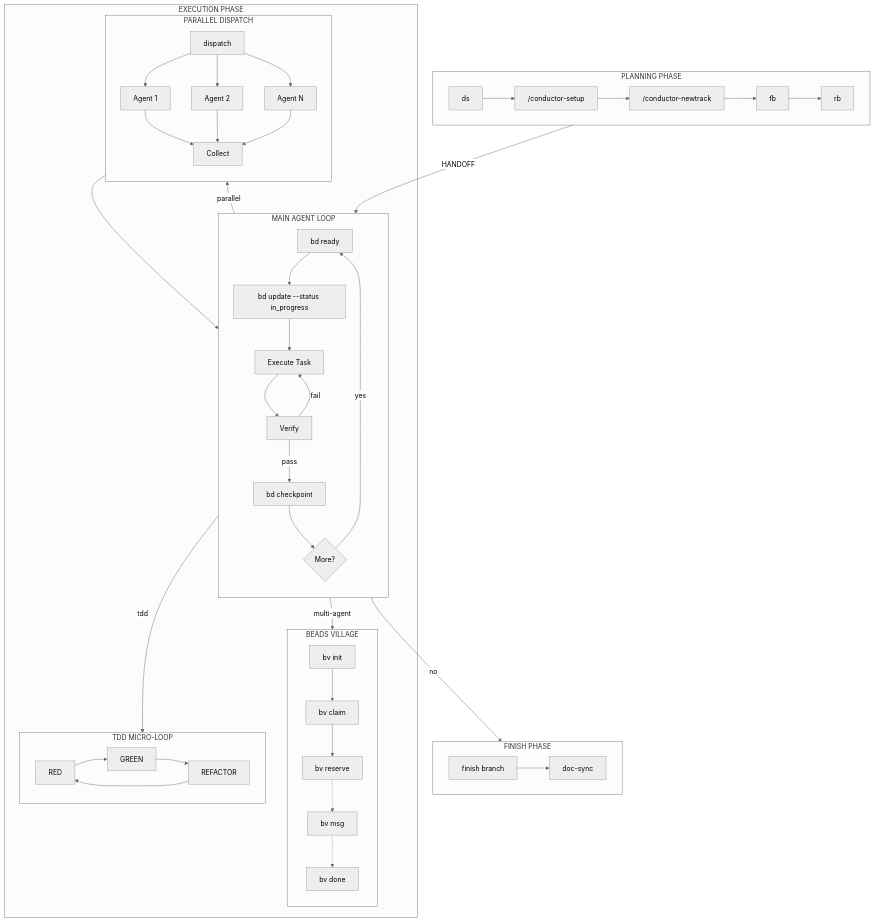
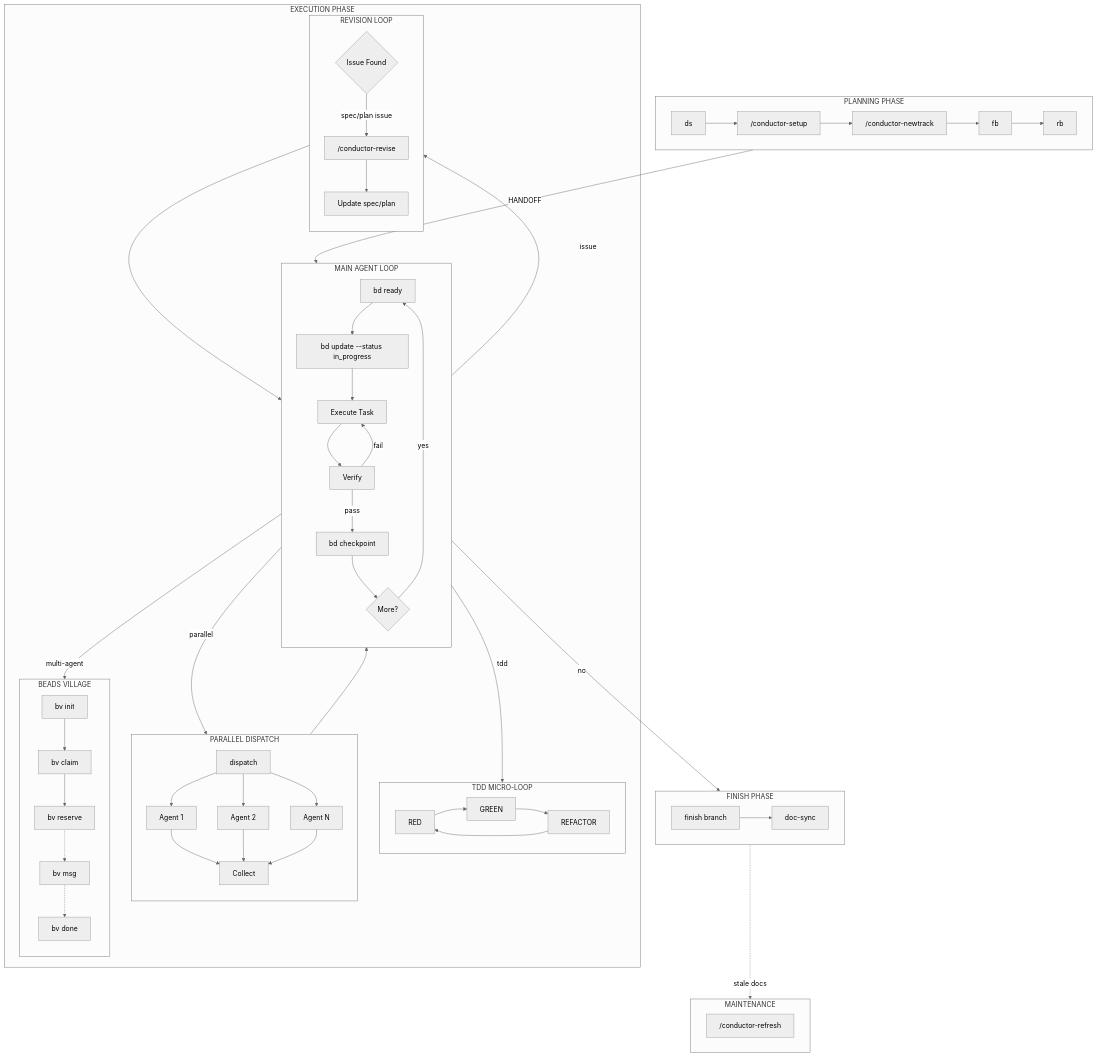
Before and after one commit to ReinaMacCredy/maestro: the first of 2 diagrams in README.md, drawn with Mermaid (neutral theme). The commit also changed other lines of this file and 15 other files, not shown here.

Commit message:
feat: Introduce manual workflow guide, `refresh` and `revise` commands/workflows, and update conductor plugin configurations and documentation.

````diff
--- a/README.md
+++ b/README.md
@@ -290,6 +290,15 @@
             VINIT --> VCLAIM --> VRESERVE
             VRESERVE -.-> VMSG -.-> VDONE
         end
+
+        subgraph REVISE["REVISION LOOP"]
+            direction TB
+            ISSUE{"Issue Found"}
+            REVISE_CMD["/conductor-revise"]
+            UPDATE_DOCS["Update spec/plan"]
+            
+            ISSUE -->|spec/plan issue| REVISE_CMD --> UPDATE_DOCS
+        end
     end
 
     subgraph FINISH["FINISH PHASE"]
@@ -299,10 +308,18 @@
         BRANCH --> DOCSYNC
     end
 
+    subgraph MAINTENANCE["MAINTENANCE"]
+        direction LR
+        REFRESH["/conductor-refresh"]
+    end
+
     RB -->|"HANDOFF"| CHECK
     WORK -->|"tdd"| TDD_LOOP
     WORK -->|"parallel"| PARALLEL
     WORK -->|"multi-agent"| VILLAGE
+    VERIFY -->|"issue"| ISSUE
+    UPDATE_DOCS --> WORK
     COLLECT --> VERIFY
     MORE -->|no| BRANCH
+    DOCSYNC -.->|"stale docs"| REFRESH
 ```
````
